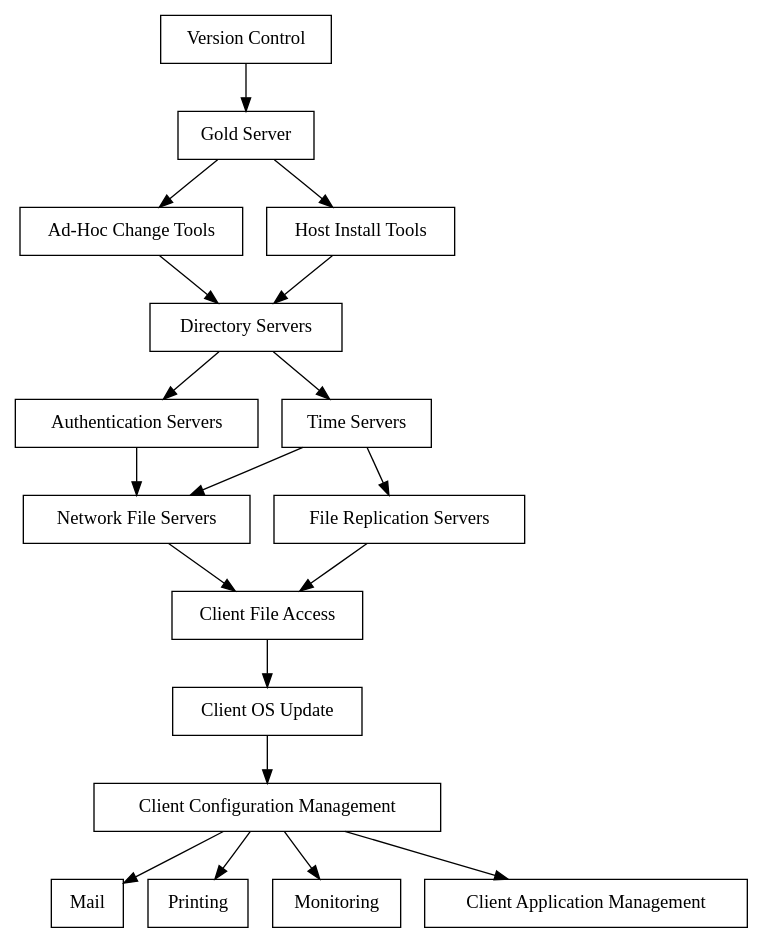
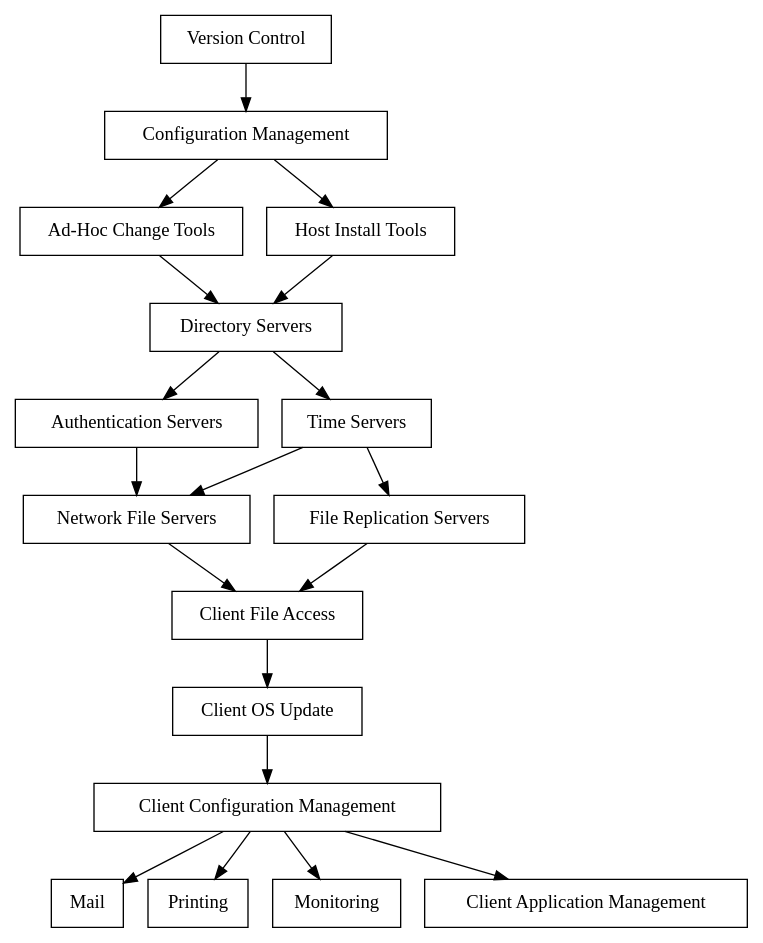
The diagram in pic/secenv.gv (omussell/homelab), drawn with Graphviz before and after one commit. The commit also changed 6 other files, not shown here.

```diff
--- a/pic/secenv.gv
+++ b/pic/secenv.gv
@@ -1,38 +1,38 @@
 digraph SecureInfrastructure {
 
 	VC [shape=box,label="Version Control"];
-	GS [shape=box,label="Gold Server"];
+	CM [shape=box,label="Configuration Management"];
 	AHCT [shape=box,label="Ad-Hoc Change Tools"];
 	HIT [shape=box,label="Host Install Tools"];
 	DIR [shape=box,label="Directory Servers"];
 	AUTH [shape=box,label="Authentication Servers"];
 	TIME [shape=box,label="Time Servers"];
 	NFS [shape=box,label="Network File Servers"];
 	FRS [shape=box,label="File Replication Servers"];
 	CFA [shape=box,label="Client File Access"];
 	COSU [shape=box,label="Client OS Update"];
 	CCM [shape=box,label="Client Configuration Management"];
 	MAIL [shape=box,label="Mail"];
 	PRNT [shape=box,label="Printing"];
 	MONT [shape=box,label="Monitoring"];
 	CAM [ shape=box,label="Client Application Management"]; 
 
-	VC -> GS;
-	GS -> AHCT;
-	GS -> HIT;
+	VC -> CM;
+	CM -> AHCT;
+	CM -> HIT;
 	AHCT -> DIR;
 	HIT -> DIR;
 	DIR -> AUTH;
 	DIR -> TIME;
 	AUTH -> NFS;
 	TIME -> NFS;
 	TIME -> FRS;
 	NFS -> CFA;
 	FRS -> CFA;
 	CFA -> COSU;
 	COSU -> CCM;
 	CCM -> MAIL;
 	CCM -> PRNT;
 	CCM -> MONT;
 	CCM -> CAM;
 }
```
